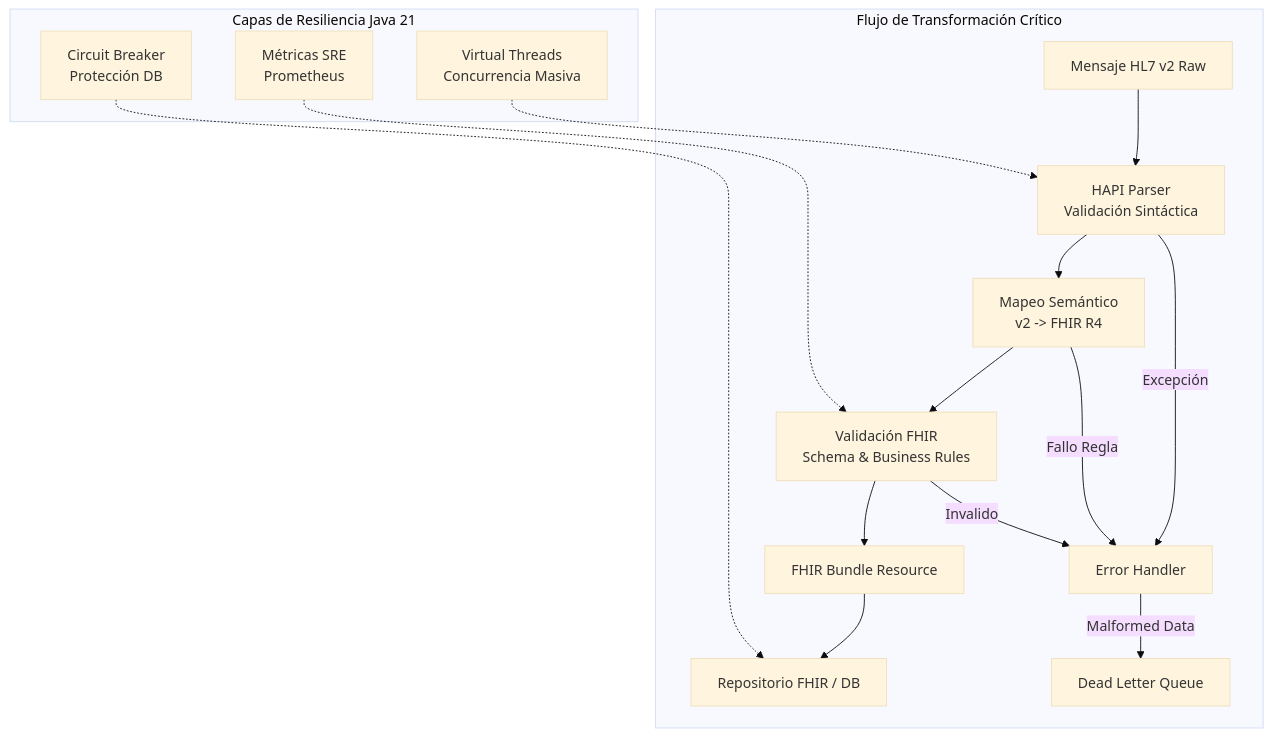
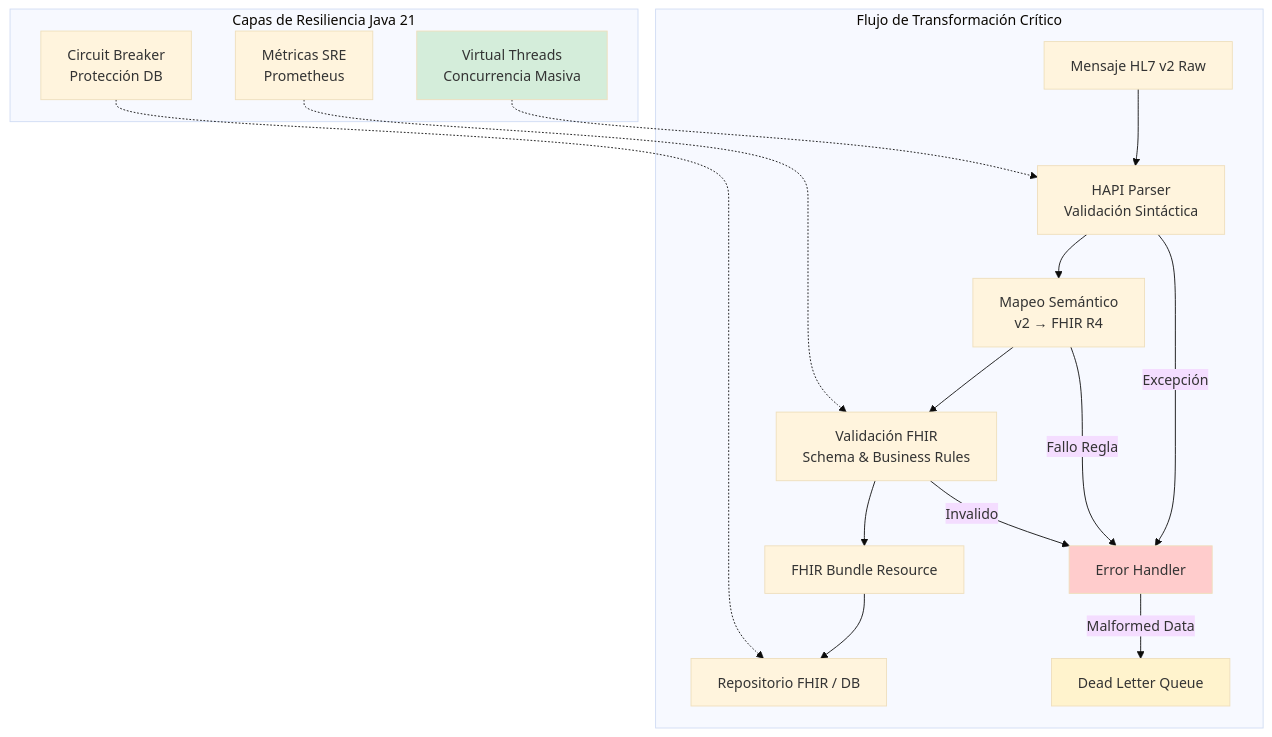
One commit to Joaquinriosheredia/DAM-Java-Mastery changed the first of 3 diagrams in 09_HealthTech/interoperabilidad_sanitaria_fhir_r4_spring_boot_3_STAFF.md. Above: the diagram before and after it, drawn with Mermaid (base theme). The commit also changed other lines of this file, not shown here.

Commit message:
interoperabilidad_sanitaria_fhir_r4_spring_boot_3_STAFF.md

````diff
--- a/09_HealthTech/interoperabilidad_sanitaria_fhir_r4_spring_boot_3_STAFF.md
+++ b/09_HealthTech/interoperabilidad_sanitaria_fhir_r4_spring_boot_3_STAFF.md
@@ -32,21 +69,25 @@
 ```mermaid
 graph TD
     subgraph "Flujo de Transformación Crítico"
-        HL7[Mensaje HL7 v2 Raw] --> PARSE[HAPI Parser<br>Validación Sintáctica]
-        PARSE --> MAP[Mapeo Semántico<br>v2 -> FHIR R4]
-        MAP --> VALID[Validación FHIR<br>Schema & Business Rules]
+        HL7[Mensaje HL7 v2 Raw] --> PARSE[HAPI Parser<br/>Validación Sintáctica]
+        PARSE --> MAP[Mapeo Semántico<br/>v2 → FHIR R4]
+        MAP --> VALID[Validación FHIR<br/>Schema & Business Rules]
         VALID --> BUNDLE[FHIR Bundle Resource]
         BUNDLE --> STORE[Repositorio FHIR / DB]
         
         ERROR[Error Handler] -->|Malformed Data| DLQ[Dead Letter Queue]
         PARSE -->|Excepción| ERROR
         MAP -->|Fallo Regla| ERROR
         VALID -->|Invalido| ERROR
     end
     
     subgraph "Capas de Resiliencia Java 21"
-        VT[Virtual Threads<br>Concurrencia Masiva] -.-> PARSE
-        CB[Circuit Breaker<br>Protección DB] -.-> STORE
-        MET[Métricas SRE<br>Prometheus] -.-> VALID
+        VT[Virtual Threads<br/>Concurrencia Masiva] -.-> PARSE
+        CB[Circuit Breaker<br/>Protección DB] -.-> STORE
+        MET[Métricas SRE<br/>Prometheus] -.-> VALID
     end
+    
+    style ERROR fill:#ffcccc
+    style DLQ fill:#fff3cd
+    style VT fill:#d4edda
 ```
````
